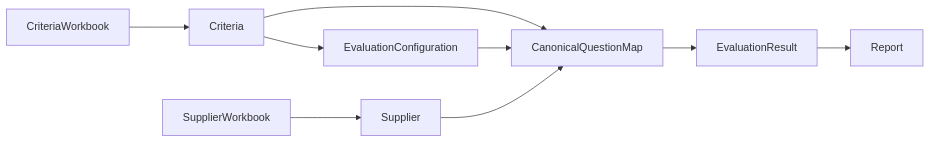
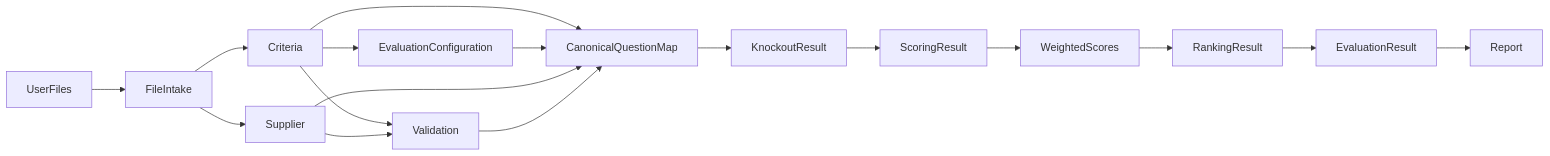
The diagram in Bid Analysis Agent/09-JSON Schemas.md (adityarane-ai/Agentic-Orchestrations), drawn with Mermaid before and after one commit. The commit also changed other lines of this file, not shown here.

Commit message:
Add canonical file intake and flexible input schemas

````diff
--- a/Bid Analysis Agent/09-JSON Schemas.md
+++ b/Bid Analysis Agent/09-JSON Schemas.md
@@ -61,19 +35,20 @@
 ```mermaid
 flowchart LR
 
-CriteriaWorkbook --> Criteria
-
+UserFiles --> FileIntake
+FileIntake --> Criteria
+FileIntake --> Supplier
 Criteria --> EvaluationConfiguration
-
-SupplierWorkbook --> Supplier
-
+Criteria --> Validation
+Supplier --> Validation
 Criteria --> CanonicalQuestionMap
-
 EvaluationConfiguration --> CanonicalQuestionMap
-
 Supplier --> CanonicalQuestionMap
-
-CanonicalQuestionMap --> EvaluationResult
-
+Validation --> CanonicalQuestionMap
+CanonicalQuestionMap --> KnockoutResult
+KnockoutResult --> ScoringResult
+ScoringResult --> WeightedScores
+WeightedScores --> RankingResult
+RankingResult --> EvaluationResult
 EvaluationResult --> Report
 ```
````
